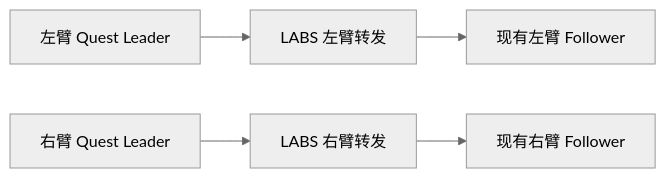
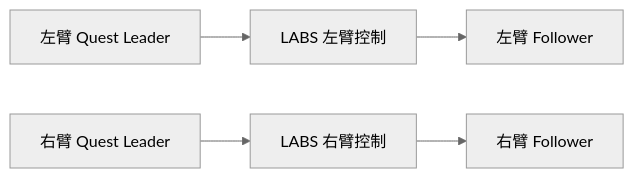
The third of 3 diagrams in 3、Topic.md (YYxzz8866/Quest-Proposal), drawn with Mermaid (neutral theme) before and after one commit. The commit also changed other lines of this file and 7 other files, not shown here.

````diff
--- a/3、Topic.md
+++ b/3、Topic.md
@@ -98,12 +97,12 @@
 ```mermaid
 flowchart LR
     LLeader["左臂 Quest Leader"]
-    LRelay["LABS 左臂转发"]
-    LFollower["现有左臂 Follower"]
+    LRelay["LABS 左臂控制"]
+    LFollower["左臂 Follower"]
     RLeader["右臂 Quest Leader"]
-    RRelay["LABS 右臂转发"]
-    RFollower["现有右臂 Follower"]
+    RRelay["LABS 右臂控制"]
+    RFollower["右臂 Follower"]
 
     LLeader --> LRelay --> LFollower
     RLeader --> RRelay --> RFollower
 ```
````
